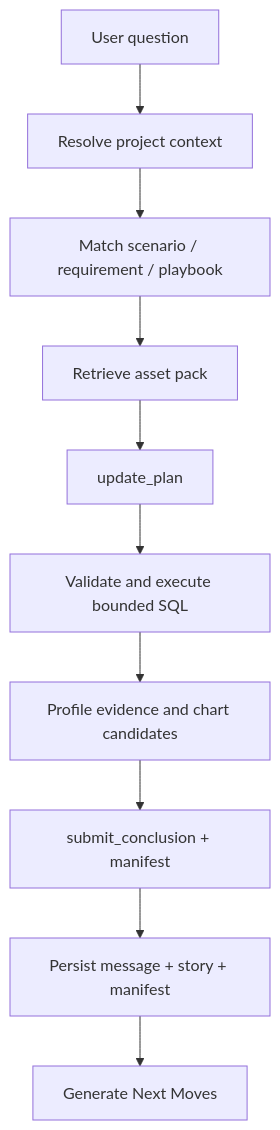
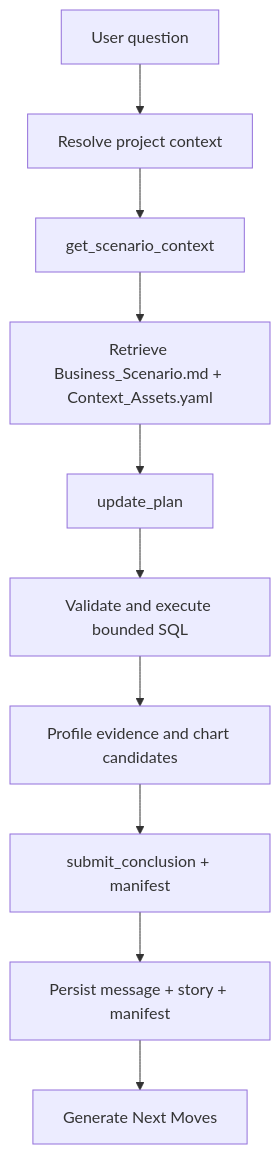
The third of 3 diagrams in docs/builder-app-oai/v0.2-business-analysis/design.md (zhouhang-chn/databricks-ai-dev-kit), drawn with Mermaid before and after one commit. The commit also changed other lines of this file and 16 other files, not shown here.

````diff
--- a/docs/builder-app-oai/v0.2-business-analysis/design.md
+++ b/docs/builder-app-oai/v0.2-business-analysis/design.md
@@ -392,12 +615,12 @@
 ```mermaid
 flowchart TD
   Q["User question"] --> Context["Resolve project context"]
-  Context --> Match["Match scenario / requirement / playbook"]
-  Match --> Semantic["Retrieve asset pack"]
+  Context --> Match["get_scenario_context"]
+  Match --> Semantic["Retrieve Business_Scenario.md + Context_Assets.yaml"]
   Semantic --> Plan["update_plan"]
   Plan --> SQL["Validate and execute bounded SQL"]
   SQL --> Evidence["Profile evidence and chart candidates"]
   Evidence --> Synthesis["submit_conclusion + manifest"]
   Synthesis --> Persist["Persist message + story + manifest"]
   Persist --> Moves["Generate Next Moves"]
 ```
````
